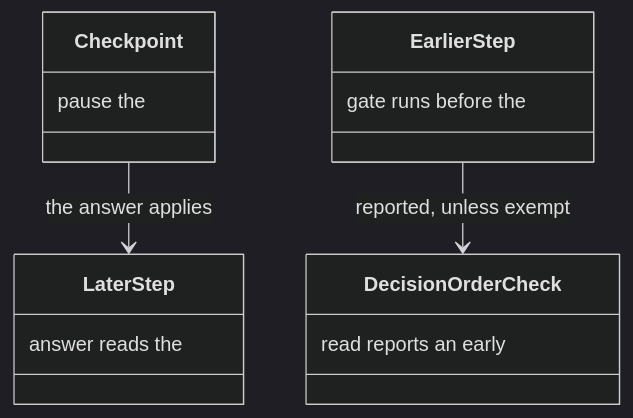
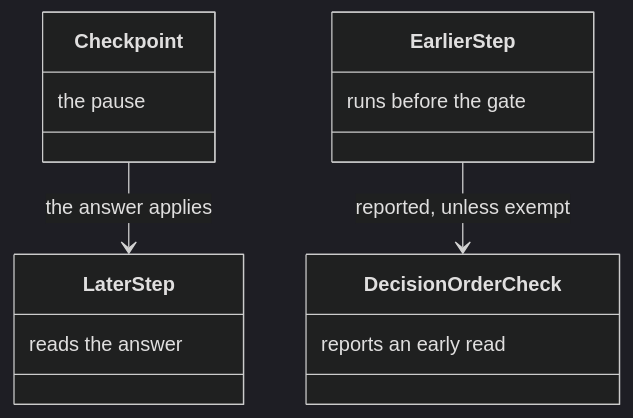
Diagram 18 of 22 in docs/checkpoint.md (m2ux/workflow-server), drawn with Mermaid (dark theme) before and after one commit. The commit also changed other lines of this file and 10 other files, not shown here.

Commit message:
Write each class-box note in reading order so the diagram shows the phrase as written.

````diff
--- a/docs/checkpoint.md
+++ b/docs/checkpoint.md
@@ -458,17 +458,17 @@
 ```mermaid
 classDiagram
   class Checkpoint {
-    pause the
+    the pause
   }
   class LaterStep {
-    answer reads the
+    reads the answer
   }
   class EarlierStep {
-    gate runs before the
+    runs before the gate
   }
   class DecisionOrderCheck {
-    read reports an early
+    reports an early read
   }
   Checkpoint --> LaterStep : the answer applies
   EarlierStep --> DecisionOrderCheck : reported, unless exempt
 ```
````
